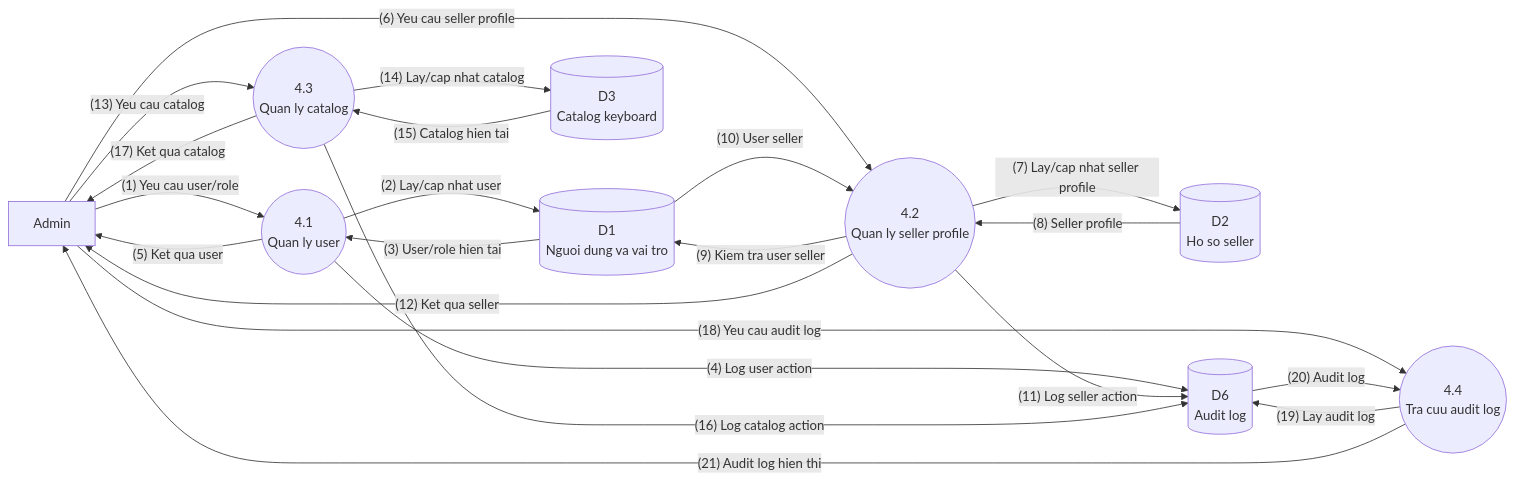
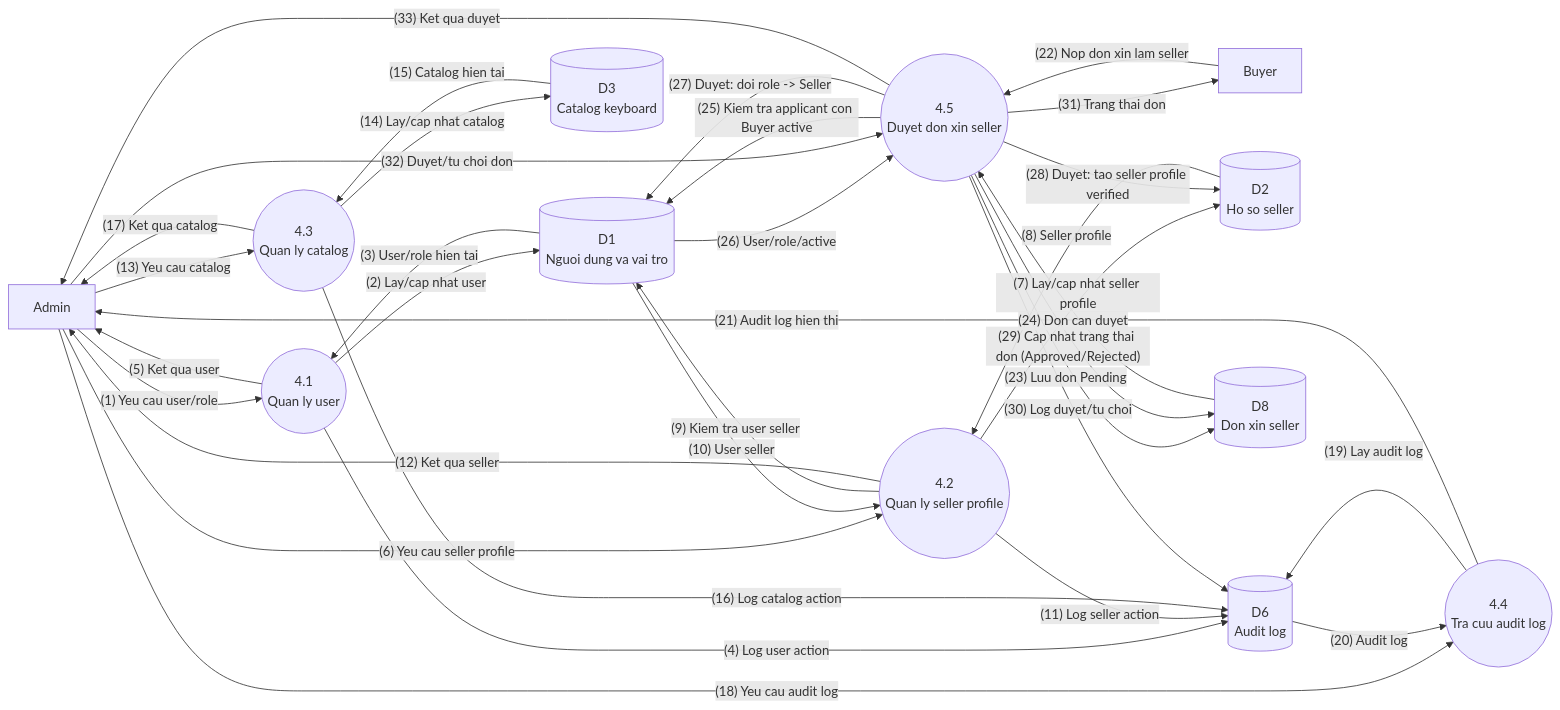
One commit to froynar/Custom_keyboard changed the fourth of 5 diagrams in Documents_Refactor/Custom_Keyboard_DFD_Level1_Refactor.md. Above: the diagram before and after it, drawn with Mermaid. The commit also changed 81 other files, not shown here.

````diff
--- a/Documents_Refactor/Custom_Keyboard_DFD_Level1_Refactor.md
+++ b/Documents_Refactor/Custom_Keyboard_DFD_Level1_Refactor.md
@@ -108,39 +108,55 @@
 ```mermaid
 flowchart LR
     Admin["Admin"]
+    Buyer["Buyer"]
 
     P41(("4.1\nQuan ly user"))
     P42(("4.2\nQuan ly seller profile"))
     P43(("4.3\nQuan ly catalog"))
     P44(("4.4\nTra cuu audit log"))
+    P45(("4.5\nDuyet don xin seller"))
 
     D1[("D1\nNguoi dung va vai tro")]
     D2[("D2\nHo so seller")]
     D3[("D3\nCatalog keyboard")]
     D6[("D6\nAudit log")]
+    D8[("D8\nDon xin seller")]
 
     Admin -- "(1) Yeu cau user/role" --> P41
     P41 -- "(2) Lay/cap nhat user" --> D1
     D1 -- "(3) User/role hien tai" --> P41
     P41 -- "(4) Log user action" --> D6
     P41 -- "(5) Ket qua user" --> Admin
 
     Admin -- "(6) Yeu cau seller profile" --> P42
     P42 -- "(7) Lay/cap nhat seller profile" --> D2
     D2 -- "(8) Seller profile" --> P42
     P42 -- "(9) Kiem tra user seller" --> D1
     D1 -- "(10) User seller" --> P42
     P42 -- "(11) Log seller action" --> D6
     P42 -- "(12) Ket qua seller" --> Admin
 
     Admin -- "(13) Yeu cau catalog" --> P43
     P43 -- "(14) Lay/cap nhat catalog" --> D3
     D3 -- "(15) Catalog hien tai" --> P43
     P43 -- "(16) Log catalog action" --> D6
     P43 -- "(17) Ket qua catalog" --> Admin
 
     Admin -- "(18) Yeu cau audit log" --> P44
     P44 -- "(19) Lay audit log" --> D6
     D6 -- "(20) Audit log" --> P44
     P44 -- "(21) Audit log hien thi" --> Admin
+
+    Buyer -- "(22) Nop don xin lam seller" --> P45
+    P45 -- "(23) Luu don Pending" --> D8
+    D8 -- "(24) Don can duyet" --> P45
+    P45 -- "(25) Kiem tra applicant con Buyer active" --> D1
+    D1 -- "(26) User/role/active" --> P45
+    P45 -- "(27) Duyet: doi role -> Seller" --> D1
+    P45 -- "(28) Duyet: tao seller profile verified" --> D2
+    P45 -- "(29) Cap nhat trang thai don (Approved/Rejected)" --> D8
+    P45 -- "(30) Log duyet/tu choi" --> D6
+    P45 -- "(31) Trang thai don" --> Buyer
+    Admin -- "(32) Duyet/tu choi don" --> P45
+    P45 -- "(33) Ket qua duyet" --> Admin
 ```
````
